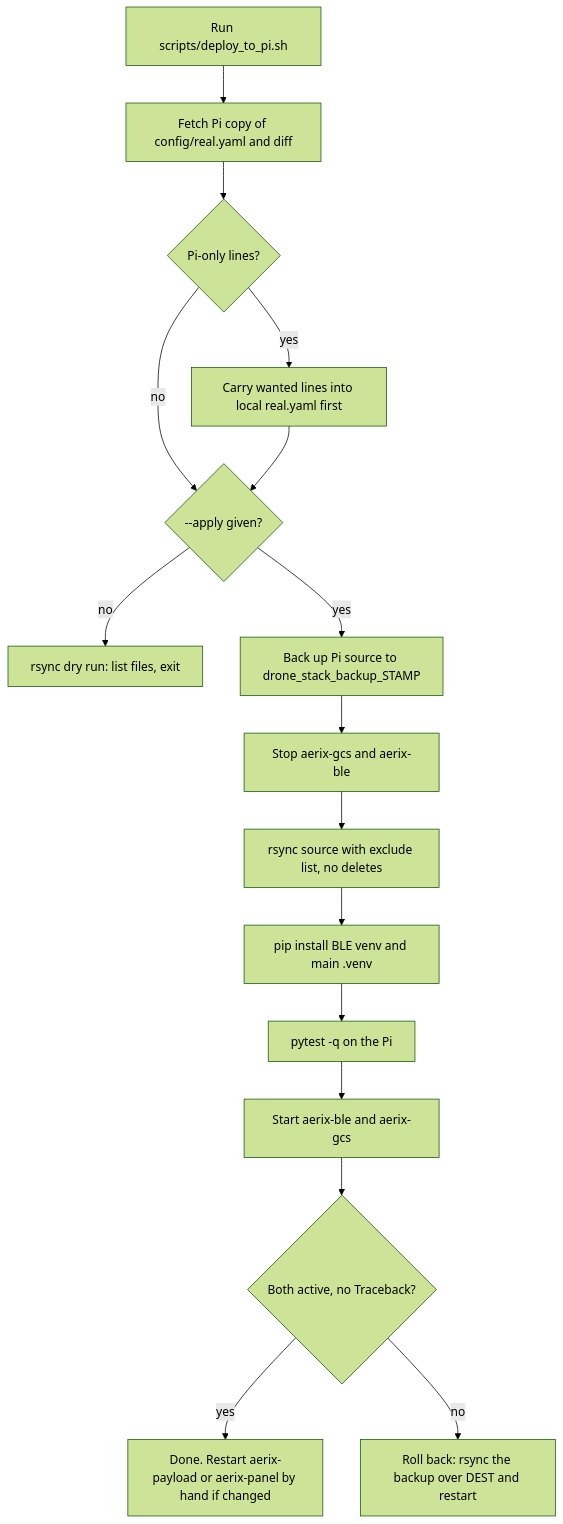
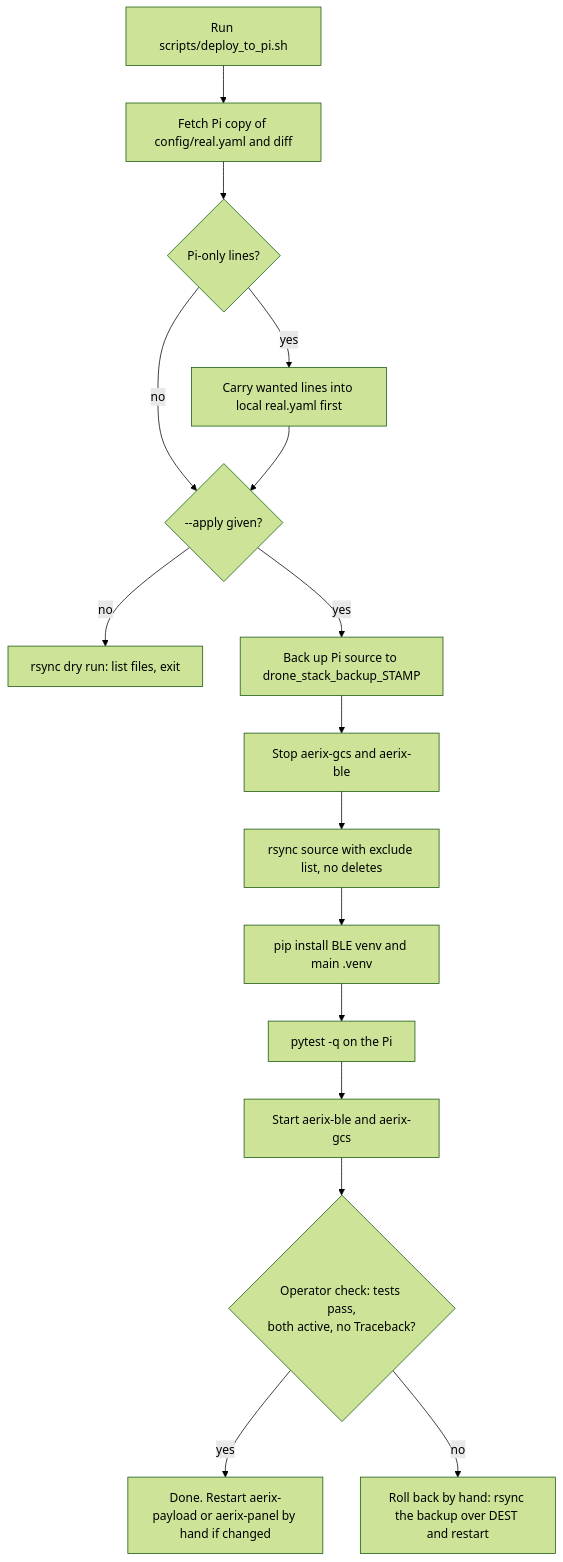
Before and after one commit to GVishwasReddy/AERIX-Capstone-Team-21: the fifth of 7 diagrams in docs/guide/09-setup-deployment-testing.md, drawn with Mermaid (forest theme). The commit also changed other lines of this file and 8 other files, not shown here.

````diff
--- a/docs/guide/09-setup-deployment-testing.md
+++ b/docs/guide/09-setup-deployment-testing.md
@@ -534,18 +535,18 @@
 ```mermaid
 flowchart TD
     A["Run scripts/deploy_to_pi.sh"] --> B["Fetch Pi copy of config/real.yaml and diff"]
     B --> C{"Pi-only lines?"}
     C -- "yes" --> C1["Carry wanted lines into local real.yaml first"]
     C -- "no" --> D
     C1 --> D{"--apply given?"}
     D -- "no" --> E["rsync dry run: list files, exit"]
     D -- "yes" --> F["Back up Pi source to drone_stack_backup_STAMP"]
     F --> G["Stop aerix-gcs and aerix-ble"]
     G --> H["rsync source with exclude list, no deletes"]
     H --> I["pip install BLE venv and main .venv"]
     I --> J["pytest -q on the Pi"]
     J --> K["Start aerix-ble and aerix-gcs"]
-    K --> L{"Both active, no Traceback?"}
+    K --> L{"Operator check: tests pass,<br/>both active, no Traceback?"}
     L -- "yes" --> M["Done. Restart aerix-payload or aerix-panel by hand if changed"]
-    L -- "no" --> N["Roll back: rsync the backup over DEST and restart"]
+    L -- "no" --> N["Roll back by hand: rsync the backup over DEST and restart"]
 ```
````
